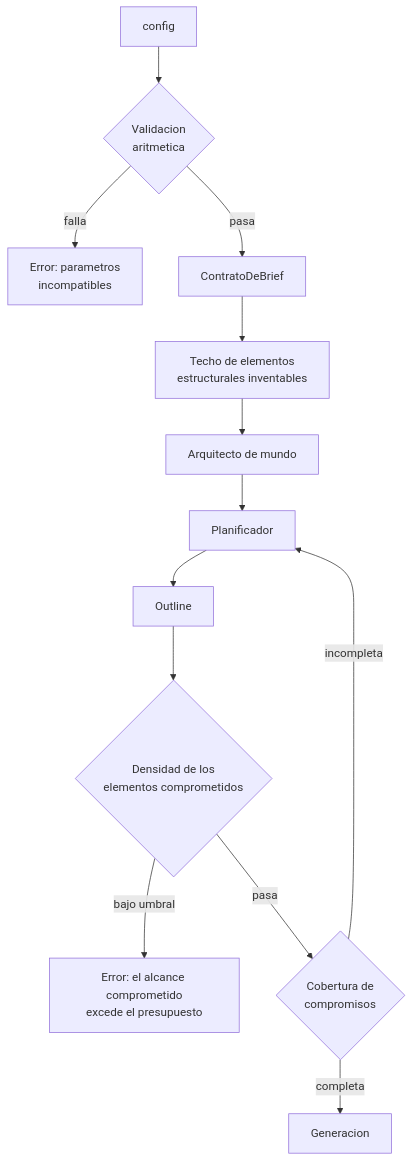
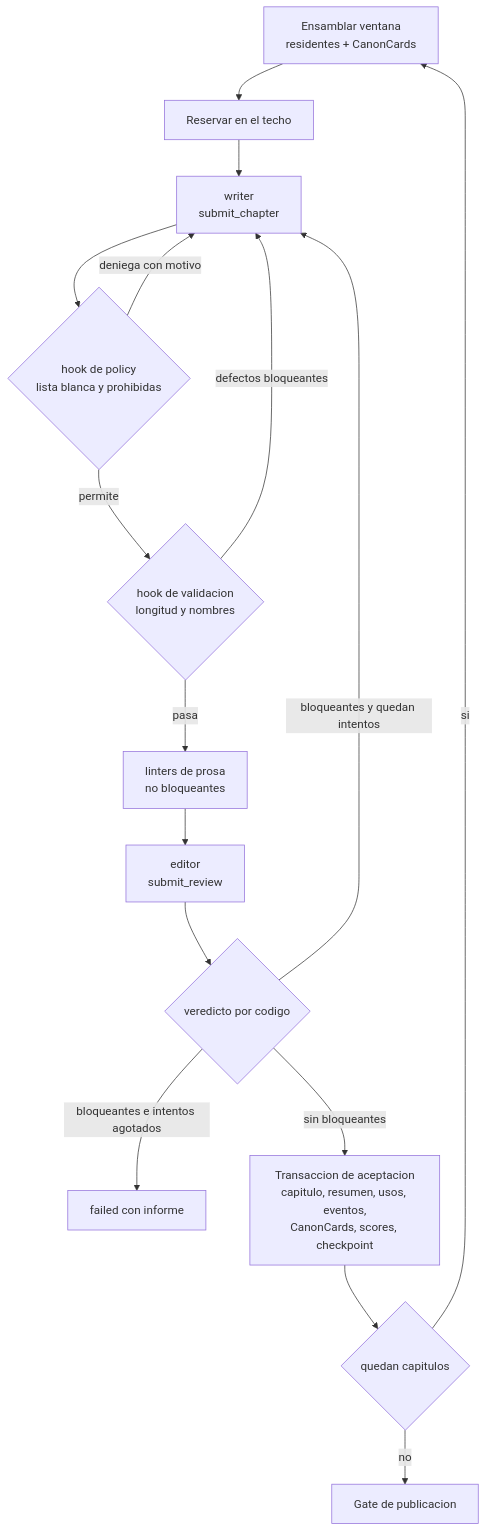
One commit to JNico-rb/story-maker changed the fourth of 10 diagrams in docs/architecture.md. Above: the diagram before and after it, drawn with Mermaid. The commit also changed other lines of this file and 91 other files, not shown here.

````diff
--- a/docs/architecture.md
+++ b/docs/architecture.md
@@ -437,16 +418,18 @@
 ```mermaid
 graph TD
-    CFG[config] --> VAL{Validacion<br/>aritmetica}
-    VAL -->|falla| ERR1[Error: parametros<br/>incompatibles]
-    VAL -->|pasa| CB[ContratoDeBrief]
-
-    CB --> TECH[Techo de elementos<br/>estructurales inventables]
-    TECH --> AM[Arquitecto de mundo]
-    AM --> PLA[Planificador]
-    PLA --> OUT[Outline]
-    OUT --> DEN{Densidad de los<br/>elementos comprometidos}
-    DEN -->|bajo umbral| ERR2[Error: el alcance comprometido<br/>excede el presupuesto]
-    DEN -->|pasa| COB{Cobertura de<br/>compromisos}
-    COB -->|incompleta| PLA
-    COB -->|completa| GEN[Generacion]
+    ENS[Ensamblar ventana<br/>residentes + CanonCards] --> RES[Reservar en el techo]
+    RES --> W[writer<br/>submit_chapter]
+    W --> HP{hook de policy<br/>lista blanca y prohibidas}
+    HP -->|deniega con motivo| W
+    HP -->|permite| HV{hook de validacion<br/>longitud y nombres}
+    HV -->|defectos bloqueantes| W
+    HV -->|pasa| LIN[linters de prosa<br/>no bloqueantes]
+    LIN --> ED[editor<br/>submit_review]
+    ED --> VER{veredicto por codigo}
+    VER -->|bloqueantes y quedan intentos| W
+    VER -->|bloqueantes e intentos agotados| FAIL[failed con informe]
+    VER -->|sin bloqueantes| TX[Transaccion de aceptacion<br/>capitulo, resumen, usos, eventos,<br/>CanonCards, scores, checkpoint]
+    TX --> SIG{quedan capitulos}
+    SIG -->|si| ENS
+    SIG -->|no| GATE[Gate de publicacion]
 ```
````
